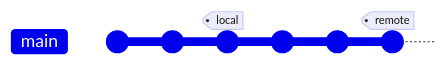
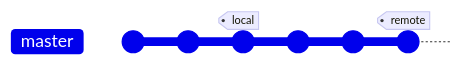
Before and after one commit to LauYeeYu/homepage: the third of 9 diagrams in content/blog-zh-hk/git-basics-zh-hk.md, drawn with Mermaid. The commit also changed other lines of this file and 2 other files, not shown here. Commit ids are hidden.

Commit message:
refactor(blog): use `master` instead of `main` as the main branch name

````diff
--- a/content/blog-zh-hk/git-basics-zh-hk.md
+++ b/content/blog-zh-hk/git-basics-zh-hk.md
@@ -89,9 +91,10 @@
    ```mermaid
-    gitGraph
-      commit
-      commit
-      commit tag: "local"
-      commit
-      commit
-      commit tag: "remote"
-    ```
+   %%{init: {'gitGraph': {'mainBranchName': 'master'}} }%%
+   gitGraph
+     commit
+     commit
+     commit tag: "local"
+     commit
+     commit
+     commit tag: "remote"
+   ```
````
